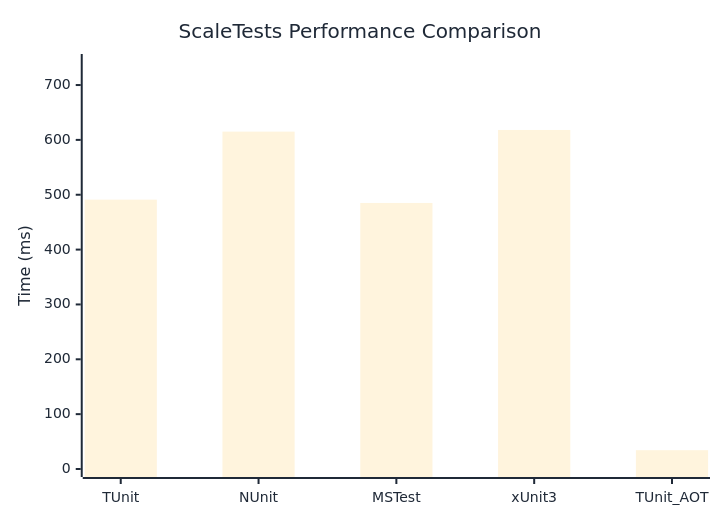
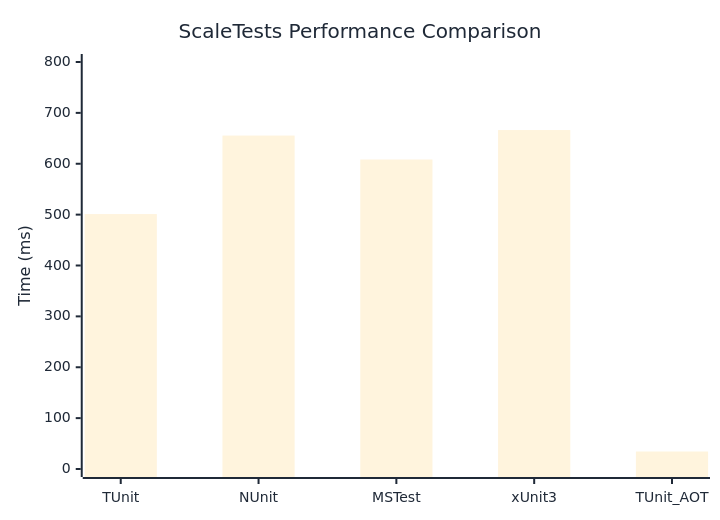
The diagram in docs/docs/benchmarks/ScaleTests.md (thomhurst/TUnit), drawn with Mermaid before and after one commit. The commit also changed other lines of this file and 17 other files, not shown here.

````diff
--- a/docs/docs/benchmarks/ScaleTests.md
+++ b/docs/docs/benchmarks/ScaleTests.md
@@ -27,37 +27,37 @@
 ```mermaid
 %%{init: {
   'theme':'base',
   'themeVariables': {
     'primaryColor': '#2563eb',
     'primaryTextColor': '#1f2937',
     'primaryBorderColor': '#1e40af',
     'lineColor': '#6b7280',
     'secondaryColor': '#7c3aed',
     'tertiaryColor': '#dc2626',
     'background': '#ffffff',
     'mainBkg': '#2563eb',
     'secondBkg': '#7c3aed',
     'tertiaryBkg': '#dc2626',
     'clusterBkg': '#f3f4f6',
     'edgeLabelBackground': '#ffffff',
     'tertiaryTextColor': '#1f2937',
     'pie1': '#2563eb',
     'pie2': '#7c3aed',
     'pie3': '#dc2626',
     'pie4': '#f59e0b',
     'pie5': '#10b981',
     'pie6': '#06b6d4',
     'pie7': '#ec4899',
     'pie8': '#6366f1',
     'pie9': '#84cc16',
     'pie10': '#f97316',
     'pie11': '#14b8a6',
     'pie12': '#a855f7'
   }
 }}%%
 xychart-beta
   title "ScaleTests Performance Comparison"
   x-axis ["TUnit", "NUnit", "MSTest", "xUnit3", "TUnit_AOT"]
-  y-axis "Time (ms)" 0 --> 742
-  bar [491.08, 615.08, 484.99, 618.1, 34.31]
+  y-axis "Time (ms)" 0 --> 800
+  bar [501.08, 655.4, 608.35, 666.24, 34.38]
 ```
````
